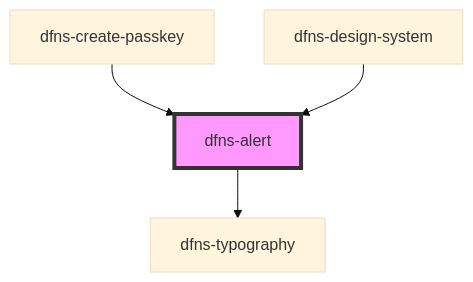
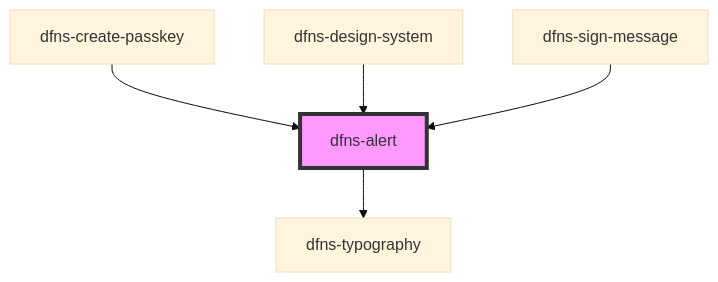
One commit to dfnsext/web-ui changed the diagram in src/components/dfns-alert/readme.md. Above: the diagram before and after it, drawn with Mermaid (base theme). The commit also changed other lines of this file and 17 other files, not shown here.

````diff
--- a/src/components/dfns-alert/readme.md
+++ b/src/components/dfns-alert/readme.md
@@ -31,7 +33,8 @@
 ```mermaid
 graph TD;
   dfns-alert --> dfns-typography
   dfns-create-passkey --> dfns-alert
   dfns-design-system --> dfns-alert
+  dfns-sign-message --> dfns-alert
   style dfns-alert fill:#f9f,stroke:#333,stroke-width:4px
 ```
````
